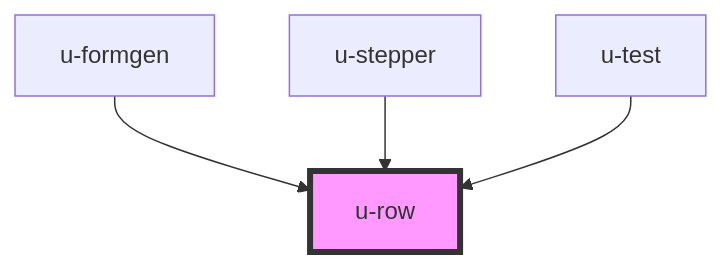
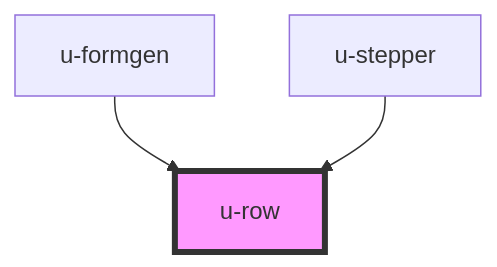
The diagram in src/components/u-row/readme.md (theUrbans/uniform), drawn with Mermaid before and after one commit. The commit also changed other lines of this file and 9 other files, not shown here.

````diff
--- a/src/components/u-row/readme.md
+++ b/src/components/u-row/readme.md
@@ -28,7 +27,6 @@
 ```mermaid
 graph TD;
   u-formgen --> u-row
   u-stepper --> u-row
-  u-test --> u-row
   style u-row fill:#f9f,stroke:#333,stroke-width:4px
 ```
````
